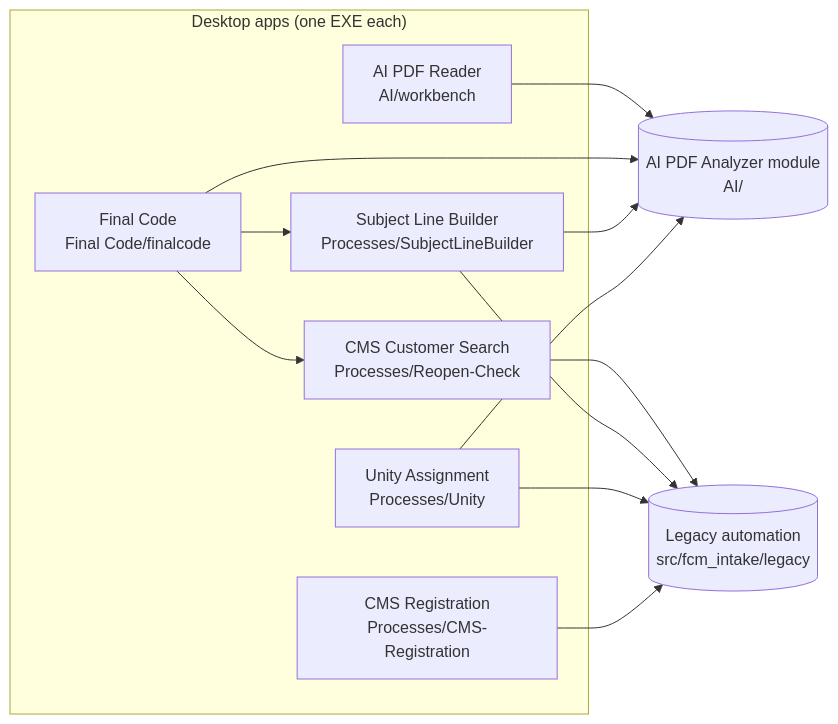
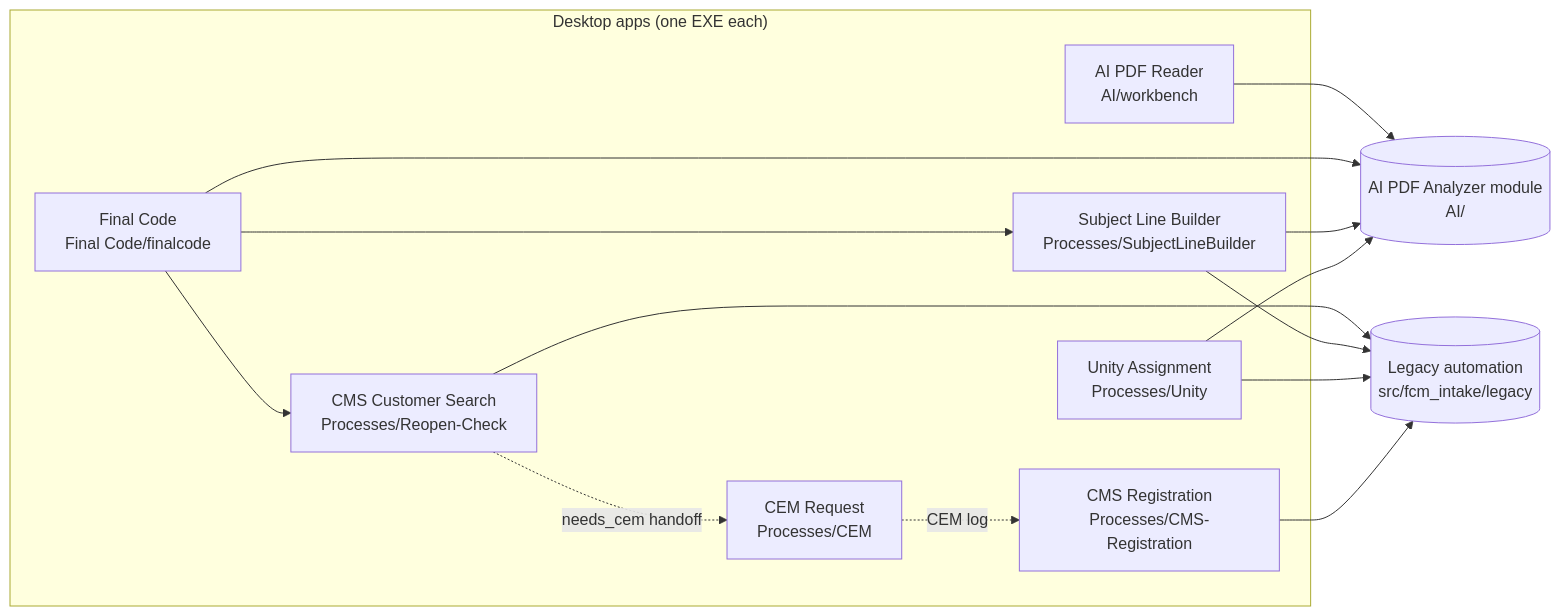
One commit to SagilityAIPH/FCM_Structured changed the diagram in docs/code/CODE-MAP.md. Above: the diagram before and after it, drawn with Mermaid. The commit also changed other lines of this file and 10 other files, not shown here.

````diff
--- a/docs/code/CODE-MAP.md
+++ b/docs/code/CODE-MAP.md
@@ -12,23 +12,26 @@
 ```mermaid
 flowchart LR
   subgraph Apps["Desktop apps (one EXE each)"]
     R[AI PDF Reader<br/>AI/workbench]
     F[Final Code<br/>Final Code/finalcode]
     C[CMS Customer Search<br/>Processes/Reopen-Check]
     S[Subject Line Builder<br/>Processes/SubjectLineBuilder]
     U[Unity Assignment<br/>Processes/Unity]
     G[CMS Registration<br/>Processes/CMS-Registration]
+    E[CEM Request<br/>Processes/CEM]
   end
   AI[(AI PDF Analyzer module<br/>AI/)]
   L[(Legacy automation<br/>src/fcm_intake/legacy)]
   R --> AI
   F --> AI
   F --> C
   F --> S
   S --> AI
   C --> L
   S --> L
   U --> AI
   U --> L
   G --> L
+  C -.->|needs_cem handoff| E
+  E -.->|CEM log| G
 ```
````
